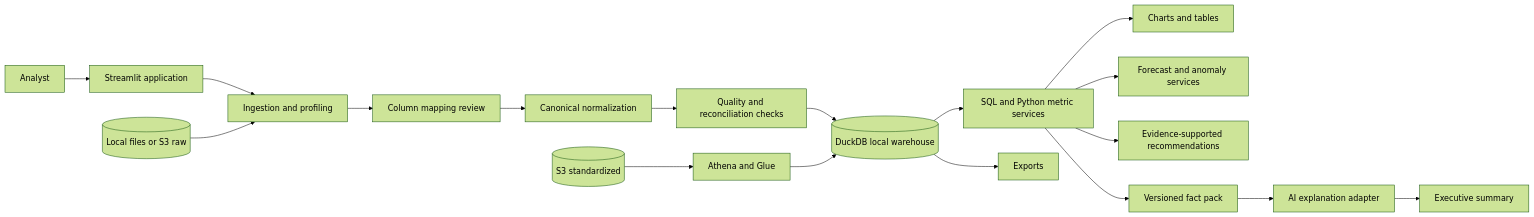
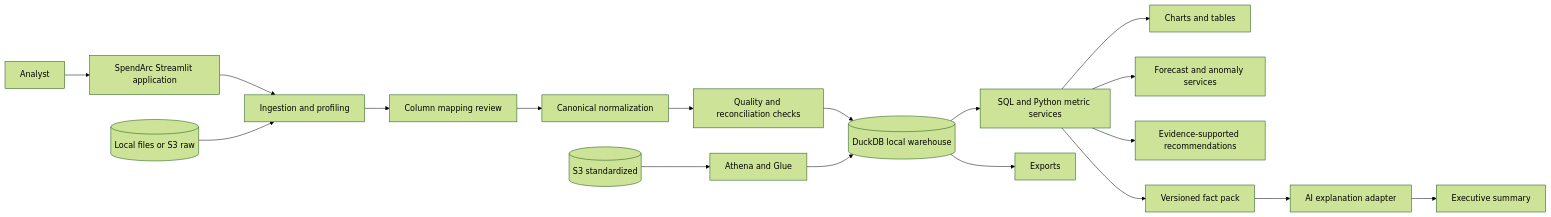
Before and after one commit to ndomathoti16-create/Metrora: the diagram in docs/PROJECT_PLAN.md, drawn with Mermaid (forest theme). The commit also changed other lines of this file and 21 other files, not shown here.

First line of the commit message:
Rebrand platform as SpendArc and refresh the Streamlit dashboard

````diff
--- a/docs/PROJECT_PLAN.md
+++ b/docs/PROJECT_PLAN.md
@@ -122,20 +124,20 @@
 ```mermaid
 flowchart LR
-    U[Analyst] --> UI[Streamlit application]
+    U[Analyst] --> UI[SpendArc Streamlit application]
     UI --> ING[Ingestion and profiling]
     ING --> MAP[Column mapping review]
     MAP --> NORM[Canonical normalization]
     NORM --> Q[Quality and reconciliation checks]
     Q --> WH[(DuckDB local warehouse)]
     WH --> MET[SQL and Python metric services]
     MET --> VIZ[Charts and tables]
     MET --> FC[Forecast and anomaly services]
     MET --> REC[Evidence-supported recommendations]
     MET --> FP[Versioned fact pack]
     FP --> AI[AI explanation adapter]
     AI --> SUM[Executive summary]
     WH --> EXP[Exports]
     RAW[(Local files or S3 raw)] --> ING
     S3[(S3 standardized)] --> ATH[Athena and Glue]
     ATH --> WH
 ```
````
